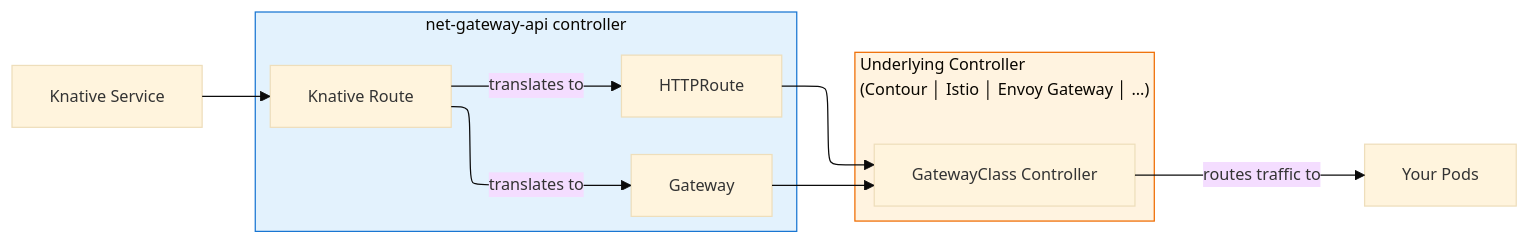
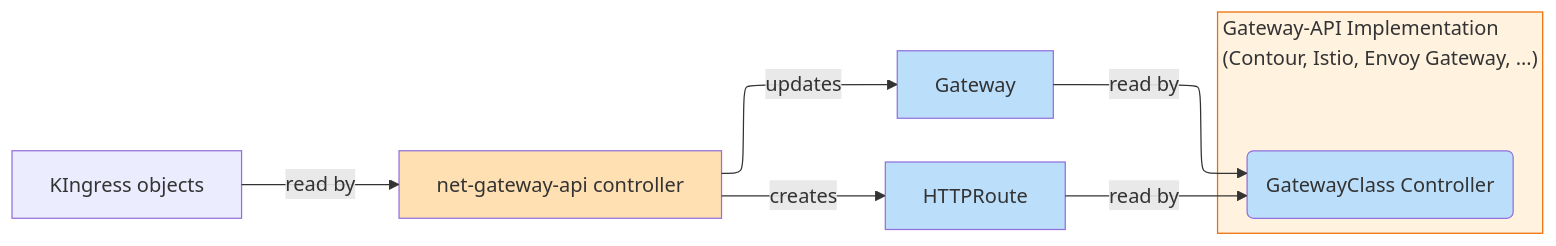
One commit to knative/docs changed the seventh of 8 diagrams in docs/versioned/serving/config-network-adapters.md. Above: the diagram before and after it, drawn with Mermaid. The commit also changed other lines of this file and 2 other files, not shown here.

````diff
--- a/docs/versioned/serving/config-network-adapters.md
+++ b/docs/versioned/serving/config-network-adapters.md
@@ -198,25 +208,25 @@
     ```mermaid
     ---
     config:
       layout: elk
       theme: default
     ---
-    %%{init: {'theme': 'base', 'themeVariables': { 'fontSize': '13px' }, 'flowchart': {'nodeSpacing': 30, 'rankSpacing': 40} }}%%
     flowchart LR
-     subgraph net-gateway-api["net-gateway-api&nbsp;controller"]
-            GW["Gateway"]
-            Route["Knative&nbsp;Route"]
-            HR["HTTPRoute"]
+     net-gateway["net-gateway-api controller"]
+     GW["Gateway"]
+     KIngress["KIngress objects"]
+     HR["HTTPRoute"]
+     subgraph underlying["Gateway-API Implementation<br>(Contour, Istio, Envoy Gateway, …)"]
+        Controller("GatewayClass&nbsp;Controller")
       end
-     subgraph underlying["Underlying&nbsp;Controller<br>(Contour │ Istio │ Envoy Gateway │ …)"]
-        Controller["GatewayClass&nbsp;Controller"]
-      end
-        KSvc["Knative&nbsp;Service"] --> Route
-        Route -- translates&nbsp;to --> GW & HR
-        GW --> Controller
-        HR --> Controller
-        Controller -- routes&nbsp;traffic&nbsp;to --> Pods["Your&nbsp;Pods"]
-
-    style net-gateway-api fill:#e3f2fd,stroke:#1976d2
+        KIngress -- read by --> net-gateway
+        net-gateway -- updates --> GW
+        net-gateway -- creates --> HR
+        GW -- read by --> Controller
+        HR -- read by --> Controller
+    style net-gateway fill:#FFE0B2
+    style GW fill:#BBDEFB
+    style HR fill:#BBDEFB
+    style Controller fill:#BBDEFB
     style underlying fill:#fff3e0,stroke:#ef6c00
     ```
````
